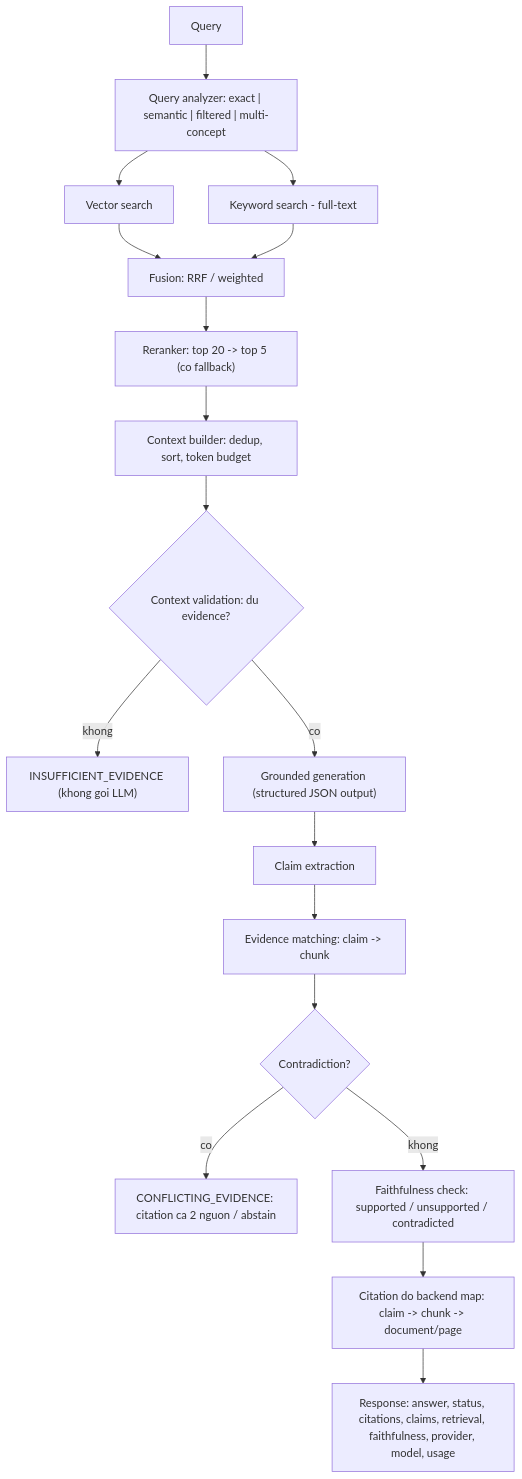
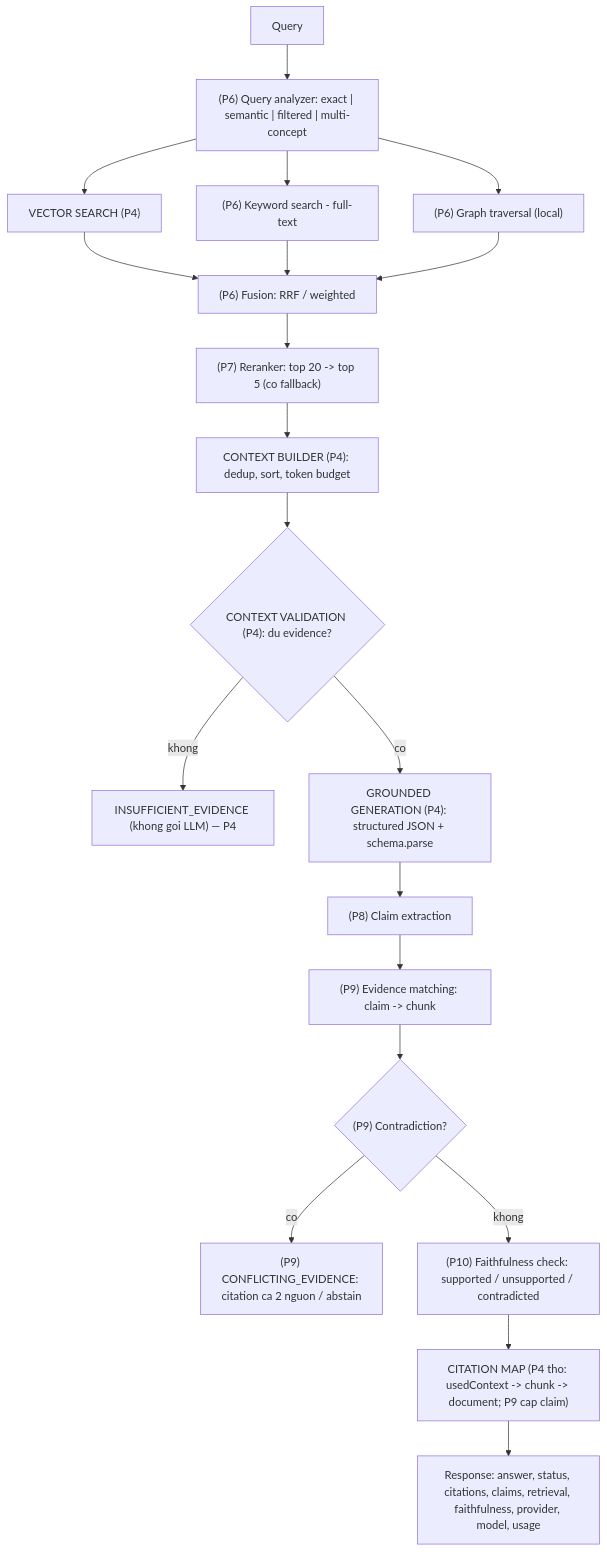
One commit to vietbevis/rag-reliability changed the second of 2 diagrams in docs/architecture/rag-architecture.md. Above: the diagram before and after it, drawn with Mermaid. The commit also changed other lines of this file and 59 other files, not shown here.

````diff
--- a/docs/architecture/rag-architecture.md
+++ b/docs/architecture/rag-architecture.md
@@ -94,20 +104,22 @@
 ```mermaid
 flowchart TD
-  QRY[Query] --> AN["Query analyzer: exact | semantic | filtered | multi-concept"]
-  AN --> VEC[Vector search]
-  AN --> KW[Keyword search - full-text]
-  VEC --> FUS["Fusion: RRF / weighted"]
+  QRY[Query] --> AN["(P6) Query analyzer: exact | semantic | filtered | multi-concept"]
+  AN --> VEC["VECTOR SEARCH (P4)"]
+  AN --> KW["(P6) Keyword search - full-text"]
+  AN --> GR["(P6) Graph traversal (local)"]
+  VEC --> FUS["(P6) Fusion: RRF / weighted"]
   KW --> FUS
-  FUS --> RR["Reranker: top 20 -> top 5 (co fallback)"]
-  RR --> CB["Context builder: dedup, sort, token budget"]
-  CB --> CV{"Context validation: du evidence?"}
-  CV -->|khong| ABS["INSUFFICIENT_EVIDENCE (khong goi LLM)"]
-  CV -->|co| GEN["Grounded generation (structured JSON output)"]
-  GEN --> CE[Claim extraction]
-  CE --> EM["Evidence matching: claim -> chunk"]
-  EM --> CD{Contradiction?}
-  CD -->|co| CF["CONFLICTING_EVIDENCE: citation ca 2 nguon / abstain"]
-  CD -->|khong| FF["Faithfulness check: supported / unsupported / contradicted"]
-  FF --> CIT["Citation do backend map: claim -> chunk -> document/page"]
+  GR --> FUS
+  FUS --> RR["(P7) Reranker: top 20 -> top 5 (co fallback)"]
+  RR --> CB["CONTEXT BUILDER (P4): dedup, sort, token budget"]
+  CB --> CV{"CONTEXT VALIDATION (P4): du evidence?"}
+  CV -->|khong| ABS["INSUFFICIENT_EVIDENCE (khong goi LLM) — P4"]
+  CV -->|co| GEN["GROUNDED GENERATION (P4): structured JSON + schema.parse"]
+  GEN --> CE["(P8) Claim extraction"]
+  CE --> EM["(P9) Evidence matching: claim -> chunk"]
+  EM --> CD{"(P9) Contradiction?"}
+  CD -->|co| CF["(P9) CONFLICTING_EVIDENCE: citation ca 2 nguon / abstain"]
+  CD -->|khong| FF["(P10) Faithfulness check: supported / unsupported / contradicted"]
+  FF --> CIT["CITATION MAP (P4 tho: usedContext -> chunk -> document; P9 cap claim)"]
   CIT --> RESP["Response: answer, status, citations, claims, retrieval, faithfulness, provider, model, usage"]
 ```
````
